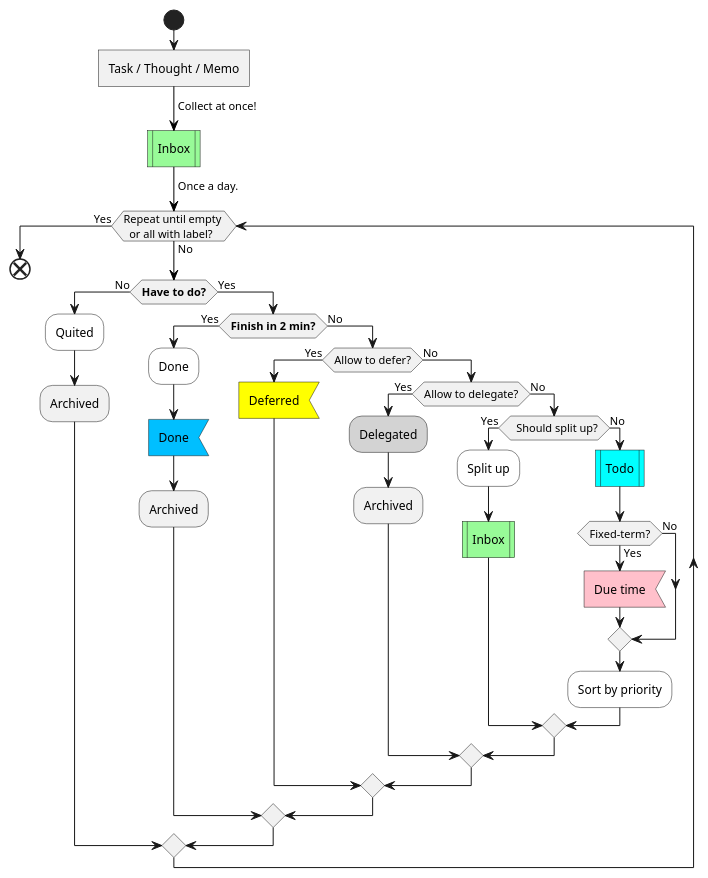
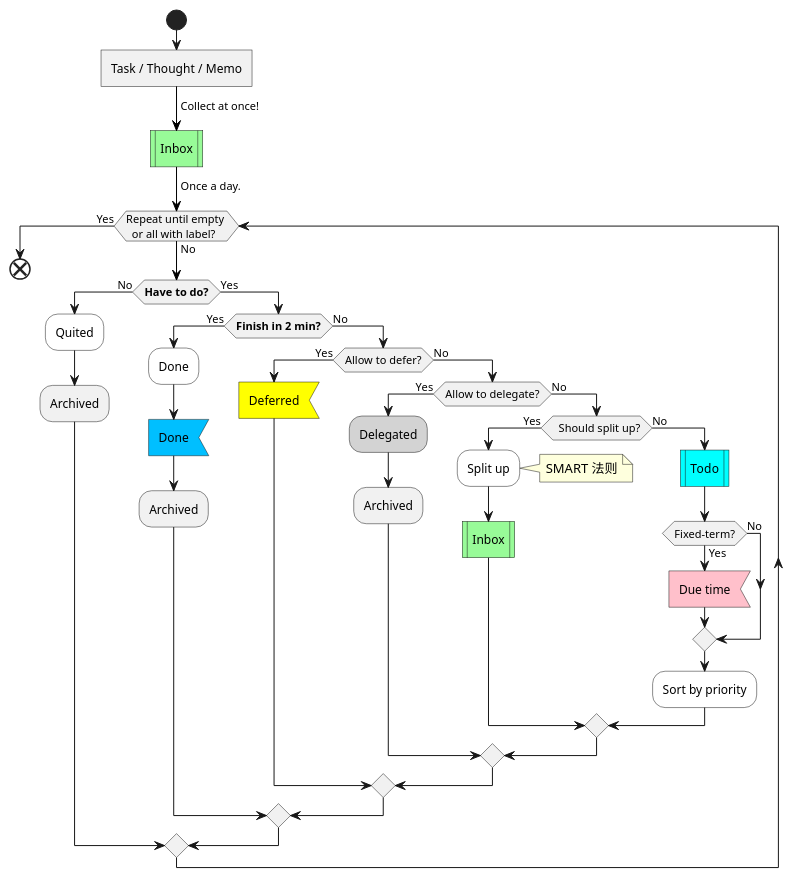
The first of 3 diagrams in snips/principles/gtd-actual.md (IceHe/icehe-lib), drawn with PlantUML before and after one commit.

Commit message:
2019-07-04 19:06:22 Thu

````diff
--- a/snips/principles/gtd-actual.md
+++ b/snips/principles/gtd-actual.md
@@ -7,43 +7,44 @@
 ```plantuml
 @startuml
 start
 :Task / Thought / Memo]
 -[#black]-> Collect at once!;
 #paleGreen:Inbox|
 -[#black]-> Once a day.;
 while (Repeat until empty \n  or all with label?) is (No)
     if (**Have to do?**) then (No)
         #white:Quited;
         :Archived;
     else (Yes)
         if (**Finish in 2 min?**) then (Yes)
             #white:Done;
             #deepSkyBlue:Done<
             :Archived;
         else (No)
             if (Allow to defer?) then (Yes)
                 #yellow:Deferred<
             else (No)
                 if (Allow to delegate?) then (Yes)
                     #lightGray:Delegated;
                     :Archived;
                 else (No)
                     if (  Should split up?) then (Yes)
                         #white:Split up;
+                        note right : SMART 法则
                         #paleGreen:Inbox|
                     else (No)
                         #aqua:Todo|
                         if (Fixed-term?) then (Yes)
                             #pink:Due time<
                         else (No)
                         endif
                         #white:Sort by priority;
                     endif
                 endif
             endif
         endif
     endif
 endwhile (Yes)
 end
 @enduml
 ```
````
